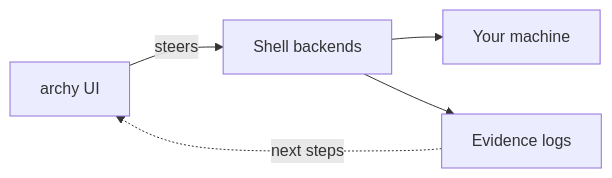
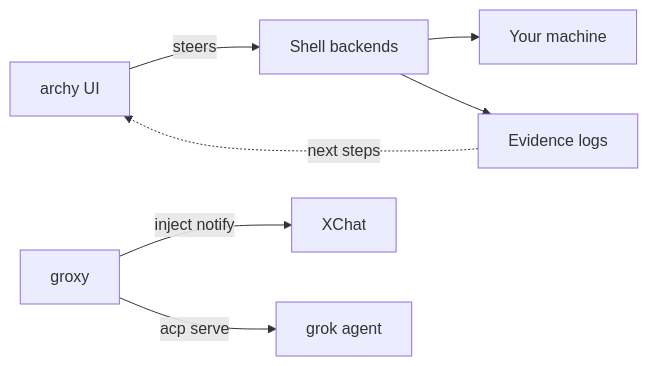
One commit to p10ns11y/arch-machine changed the first of 2 diagrams in README.md. Above: the diagram before and after it, drawn with Mermaid. The commit also changed other lines of this file and 8 other files, not shown here.

First line of the commit message:
docs(groxy): add crate README, diagrams, and plain-English guides

````diff
--- a/README.md
+++ b/README.md
@@ -13,7 +13,9 @@
 ```mermaid
 flowchart LR
   A[archy UI] -->|steers| B[Shell backends]
   B --> C[Your machine]
   B --> D[Evidence logs]
   D -.->|next steps| A
+  G[groxy] -->|inject notify| X[XChat]
+  G -->|acp serve| Ag[grok agent]
 ```
````
